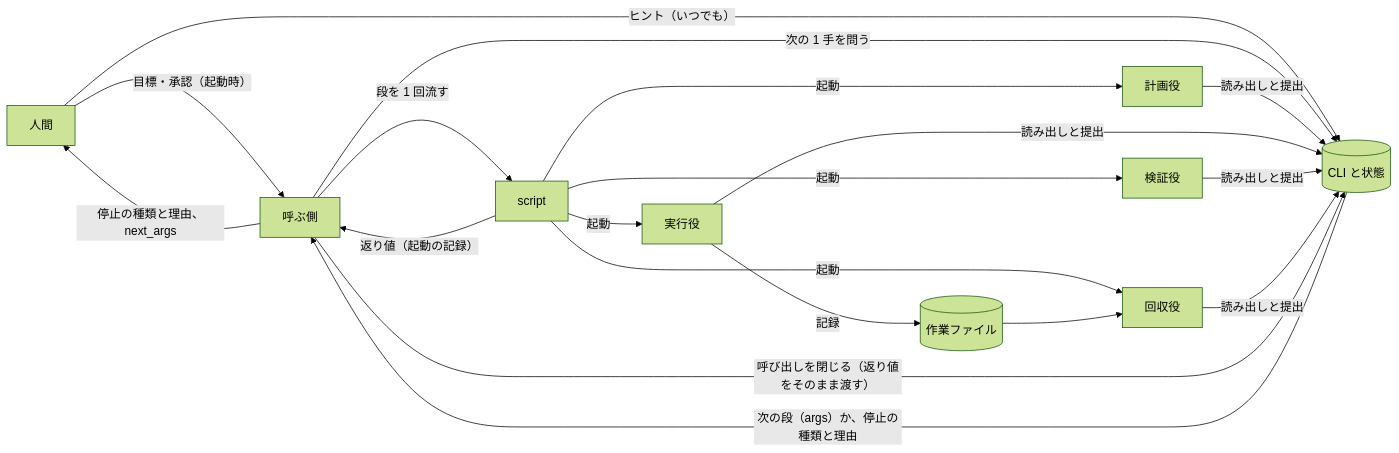
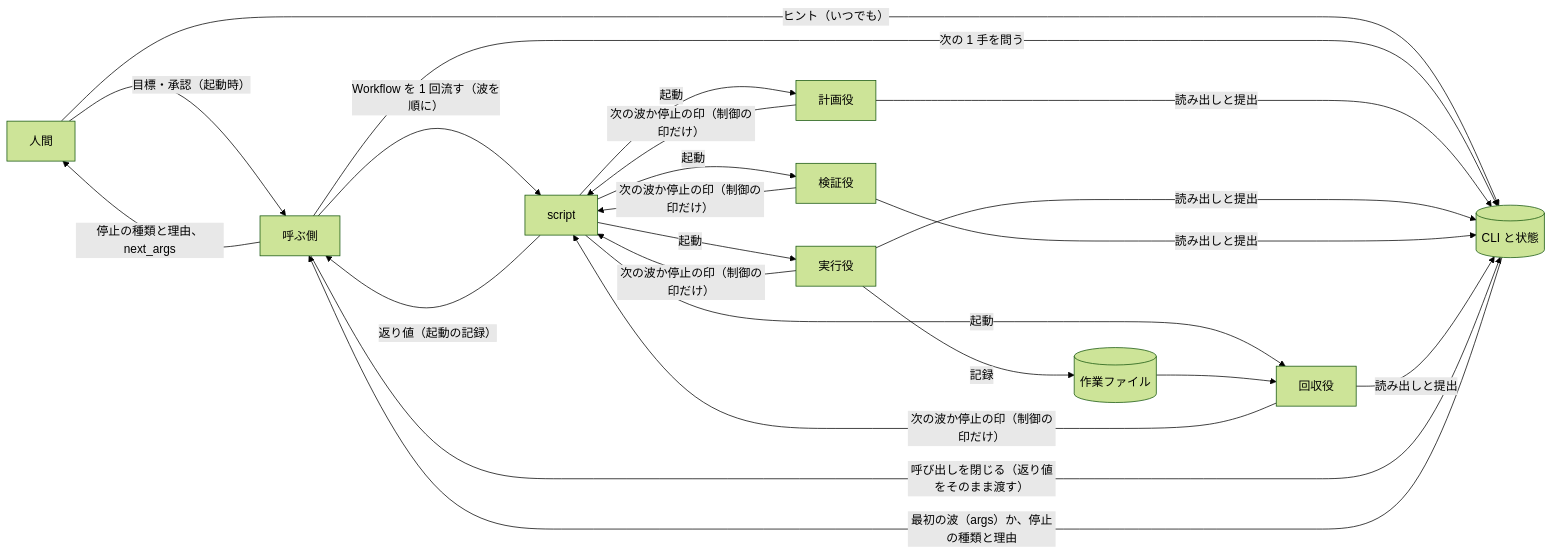
The first of 3 diagrams in docs/design/skill-design-patterns.md (yoshiysh/claude-plugins), drawn with Mermaid (forest theme) before and after one commit. The commit also changed other lines of this file and 61 other files, not shown here.

````diff
--- a/docs/design/skill-design-patterns.md
+++ b/docs/design/skill-design-patterns.md
@@ -65,18 +65,19 @@
 ```mermaid
 flowchart LR
   H["人間"] -- "目標・承認（起動時）" --> C["呼ぶ側"]
   H -- "ヒント（いつでも）" --> CLI
   C -- "次の 1 手を問う" --> CLI[("CLI と状態")]
-  CLI -- "次の段（args）か、停止の種類と理由" --> C
-  C -- "段を 1 回流す" --> S["script"]
+  CLI -- "最初の波（args）か、停止の種類と理由" --> C
+  C -- "Workflow を 1 回流す（波を順に）" --> S["script"]
   S -- 起動 --> PL["計画役"]
   S -- 起動 --> EX["実行役"]
   S -- 起動 --> VF["検証役"]
   S -- 起動 --> RC["回収役"]
   EX -- "記録" --> WF[("作業ファイル")]
   WF --> RC
   PL & EX & VF & RC -- "読み出しと提出" --> CLI
+  PL & EX & VF & RC -- "次の波か停止の印（制御の印だけ）" --> S
   S -- "返り値（起動の記録）" --> C
   C -- "呼び出しを閉じる（返り値をそのまま渡す）" --> CLI
   C -- "停止の種類と理由、next_args" --> H
 ```
````
